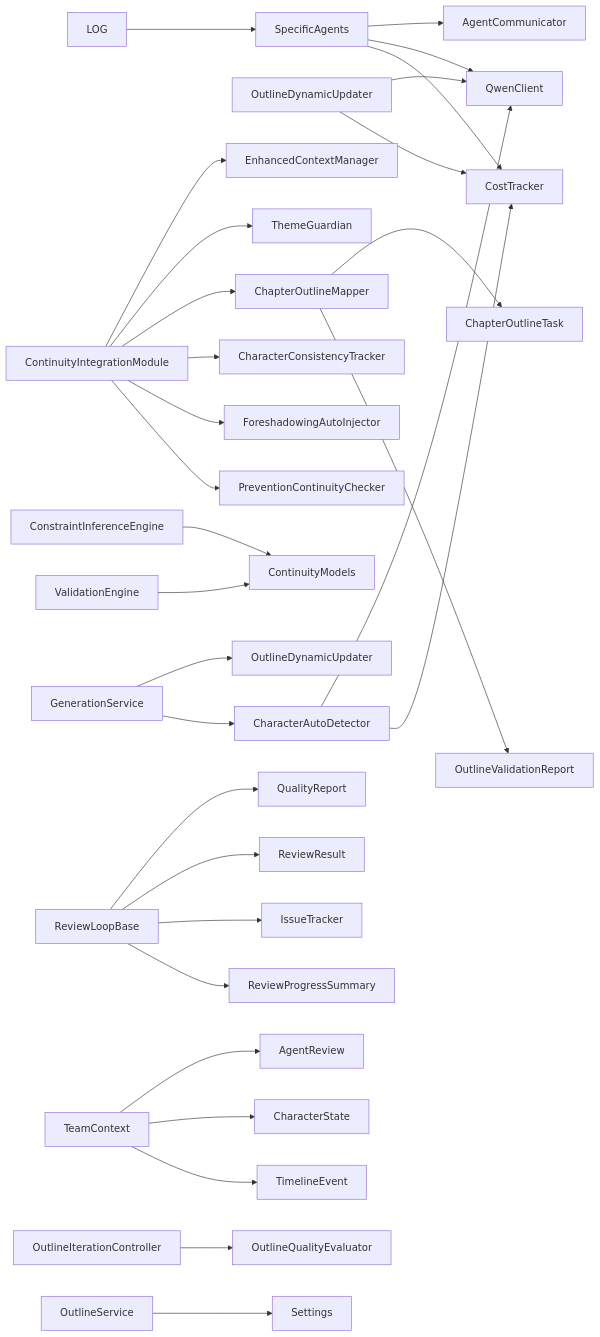
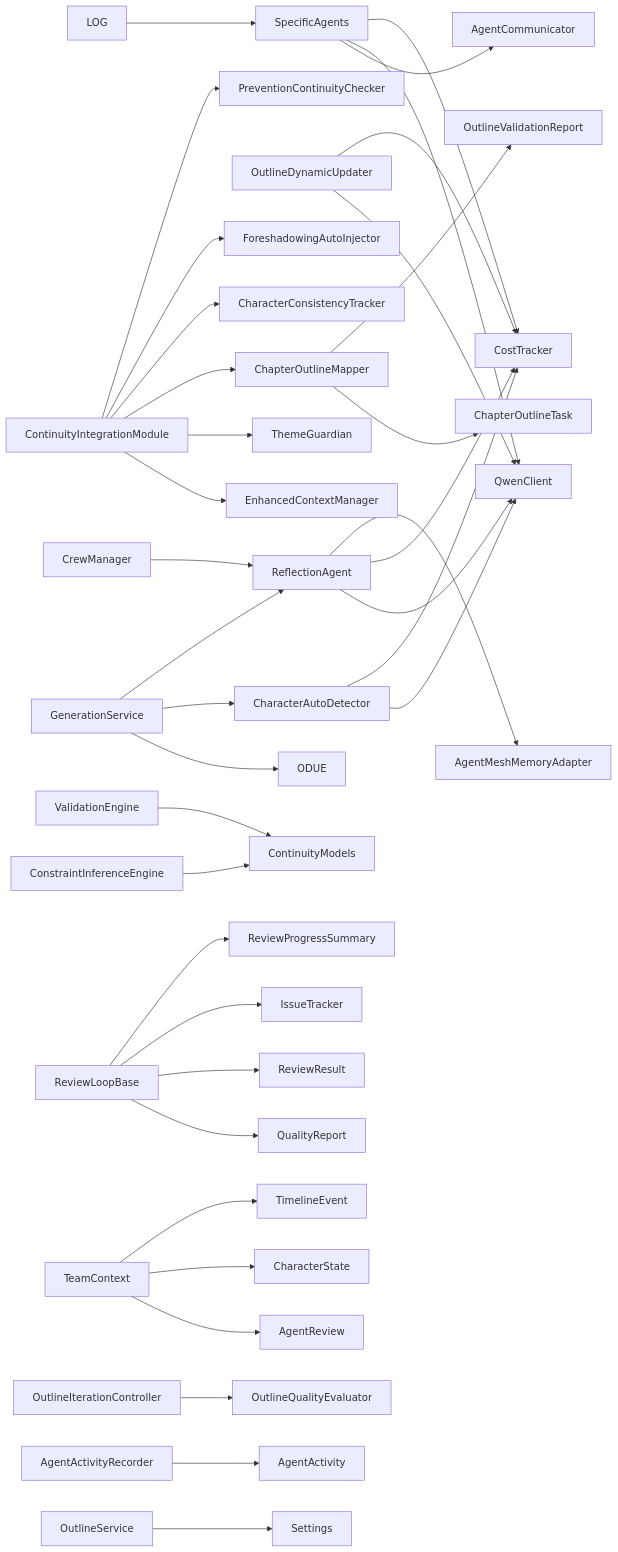
Before and after one commit to xfbyxq/ai-novel-system: diagram 20 of 20 in .qoder/repowiki/zh/content/AI智能体系统/AI智能体系统.md, drawn with Mermaid. The commit also changed other lines of this file and 11 other files, not shown here.

````diff
--- a/.qoder/repowiki/zh/content/AI智能体系统/AI智能体系统.md
+++ b/.qoder/repowiki/zh/content/AI智能体系统/AI智能体系统.md
@@ -1235,32 +1533,38 @@
 ```mermaid
 graph LR
 SA["SpecificAgents"] --> AC["AgentCommunicator"]
 SA --> QC["QwenClient"]
 SA --> CT["CostTracker"]
+RA["ReflectionAgent"] --> QC
+RA --> CT
+RA --> AMMA["AgentMeshMemoryAdapter"]
+CM["CrewManager"] --> RA
 ODU["OutlineDynamicUpdater"] --> QC
 ODU --> CT
 CAD["CharacterAutoDetector"] --> QC
 CAD --> CT
 CIM["ContinuityIntegrationModule"] --> ECM["EnhancedContextManager"]
 CIM --> TG["ThemeGuardian"]
 CIM --> COM["ChapterOutlineMapper"]
 CIM --> CCT["CharacterConsistencyTracker"]
 CIM --> FAI["ForeshadowingAutoInjector"]
 CIM --> PCC["PreventionContinuityChecker"]
-CIE["ConstraintInferenceEngine"] --> CM["ContinuityModels"]
-VE["ValidationEngine"] --> CM
+CIE["ConstraintInferenceEngine"] --> CM2["ContinuityModels"]
+VE["ValidationEngine"] --> CM2
 RLB["ReviewLoopBase"] --> QR["QualityReport"]
 RLB --> RR["ReviewResult"]
 RLB --> IE["IssueTracker"]
 RLB --> RS["ReviewProgressSummary"]
 TC["TeamContext"] --> AR["AgentReview"]
 TC --> CS["CharacterState"]
 TC --> TL["TimelineEvent"]
 COM --> COT["ChapterOutlineTask"]
 COM --> OVR["OutlineValidationReport"]
 OIC["OutlineIterationController"] --> OQE["OutlineQualityEvaluator"]
-GS["GenerationService"] --> ODUE["OutlineDynamicUpdater"]
+GS["GenerationService"] --> ODUE
 GS --> CAD
+GS --> RA
+AAR["AgentActivityRecorder"] --> AA["AgentActivity"]
 OS["OutlineService"] --> CFG["Settings"]
 LOG --> SA
 ```
````
